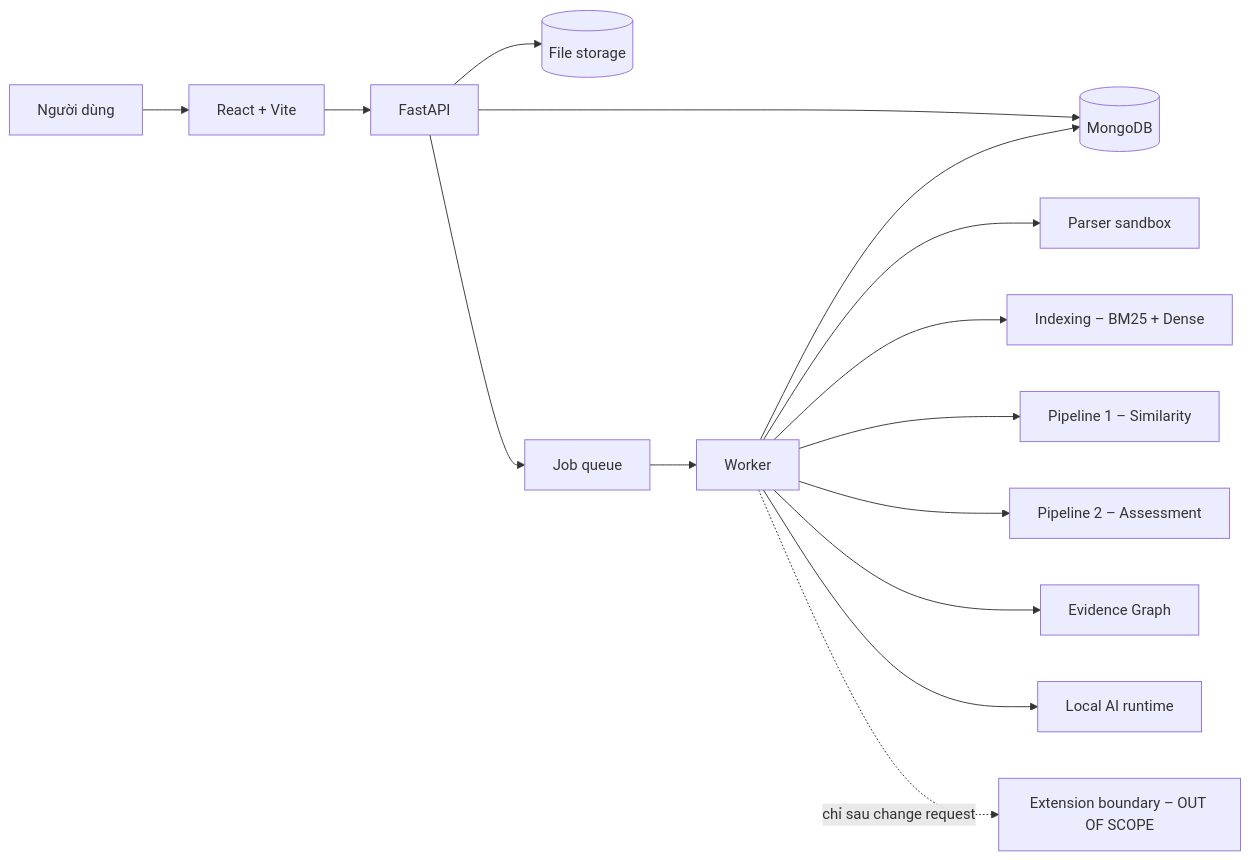
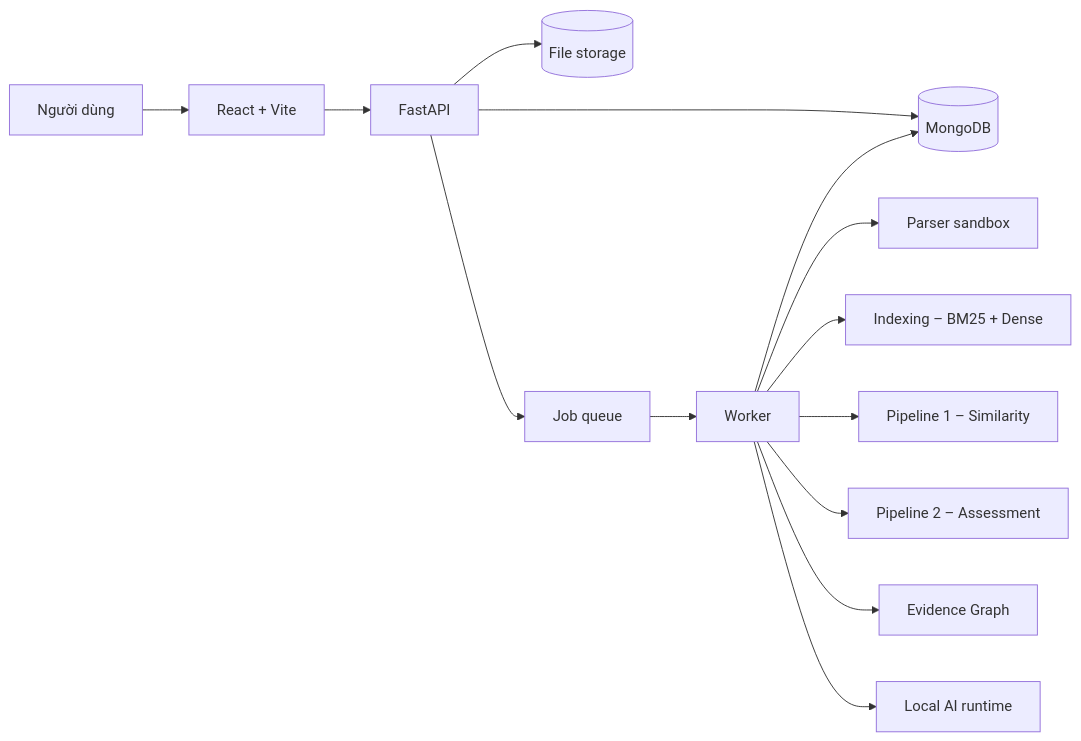
Before and after one commit to ngwine/evidence-grounded-report-assessment: the diagram in README.md, drawn with Mermaid. The commit also changed other lines of this file and 4 other files, not shown here.

````diff
--- a/README.md
+++ b/README.md
@@ -44,17 +45,16 @@
 ```mermaid
 flowchart LR
     U[Người dùng] --> WEB[React + Vite]
     WEB --> API[FastAPI]
     API --> DB[(MongoDB)]
     API --> FS[(File storage)]
     API --> Q[Job queue]
     Q --> WK[Worker]
     WK --> PARSER[Parser sandbox]
     WK --> IDX[Indexing – BM25 + Dense]
     WK --> P1[Pipeline 1 – Similarity]
     WK --> P2[Pipeline 2 – Assessment]
     WK --> GRAPH[Evidence Graph]
     WK --> DB
     WK --> AI[Local AI runtime]
-    WK -. chỉ sau change request .-> SP[Extension boundary – OUT OF SCOPE]
 ```
````
